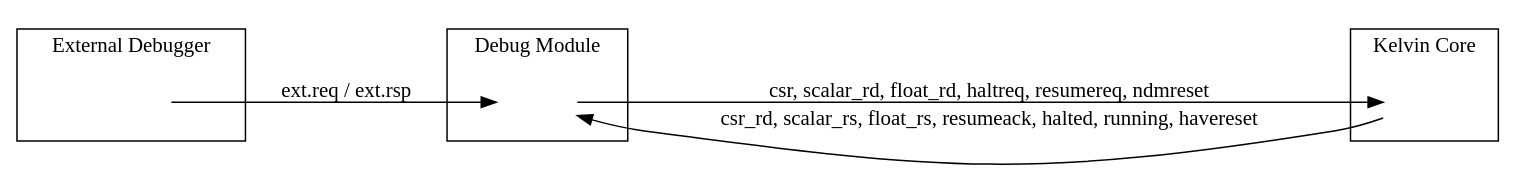
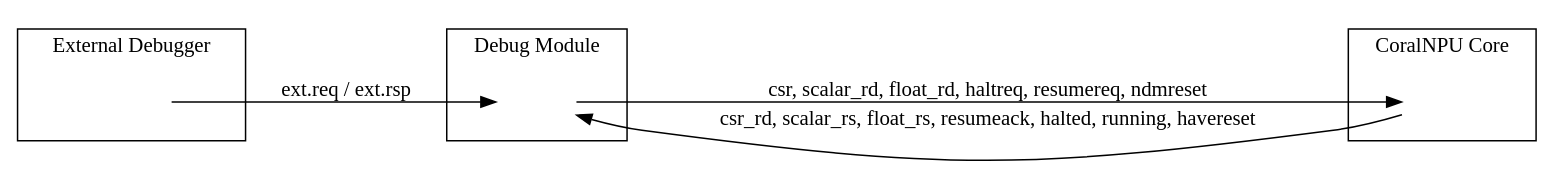
Before and after one commit to derekjchow/kelvin: the diagram in doc/microarch/debug_arch.dot, drawn with Graphviz. The commit also changed 452 other files, not shown here.

Commit message:
Rename to CoralNPU

```diff
--- a/doc/microarch/debug_arch.dot
+++ b/doc/microarch/debug_arch.dot
@@ -1,23 +1,23 @@
 digraph debug_arch {
   rankdir=LR;
   node [shape=box, style=rounded];
 
   subgraph cluster_debugger {
     label="External Debugger";
     debugger [shape=none, label=""];
   }
 
   subgraph cluster_debug_module {
     label="Debug Module";
     debug_module [shape=none, label=""];
   }
 
   subgraph cluster_core {
-    label="Kelvin Core";
+    label="CoralNPU Core";
     core [shape=none, label=""];
   }
 
   debugger -> debug_module [label="ext.req / ext.rsp"];
   debug_module -> core [label="csr, scalar_rd, float_rd, haltreq, resumereq, ndmreset"];
   core -> debug_module [label="csr_rd, scalar_rs, float_rs, resumeack, halted, running, havereset"];
 }
```
